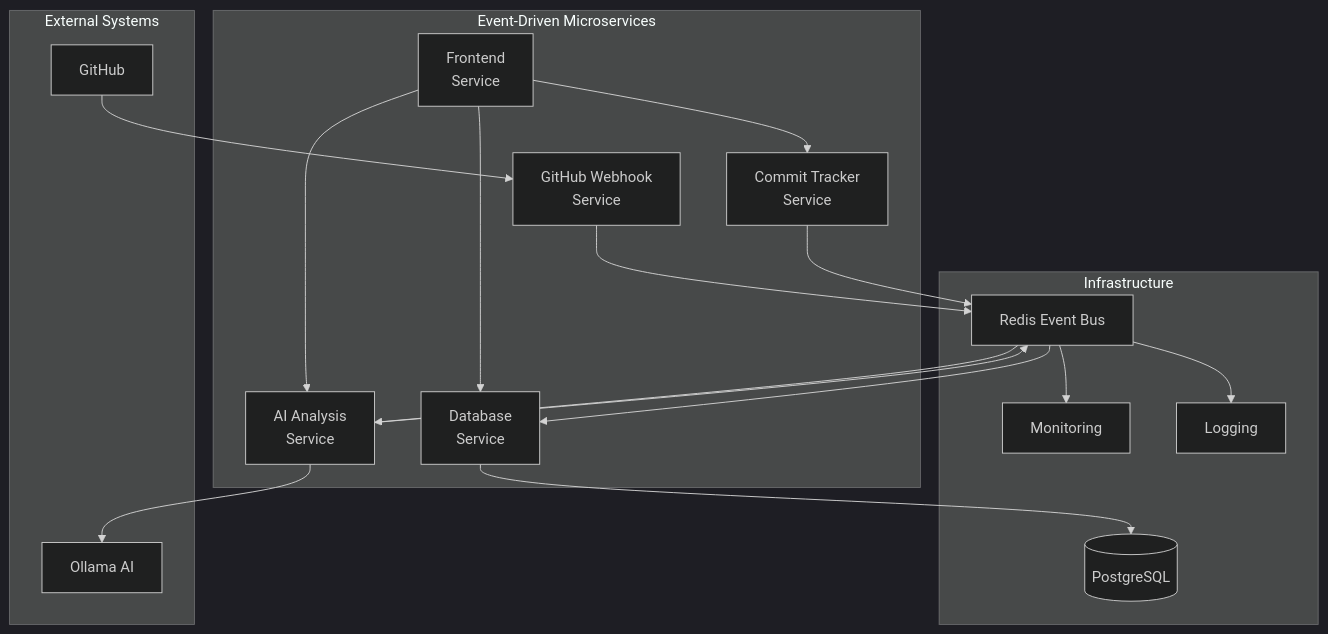
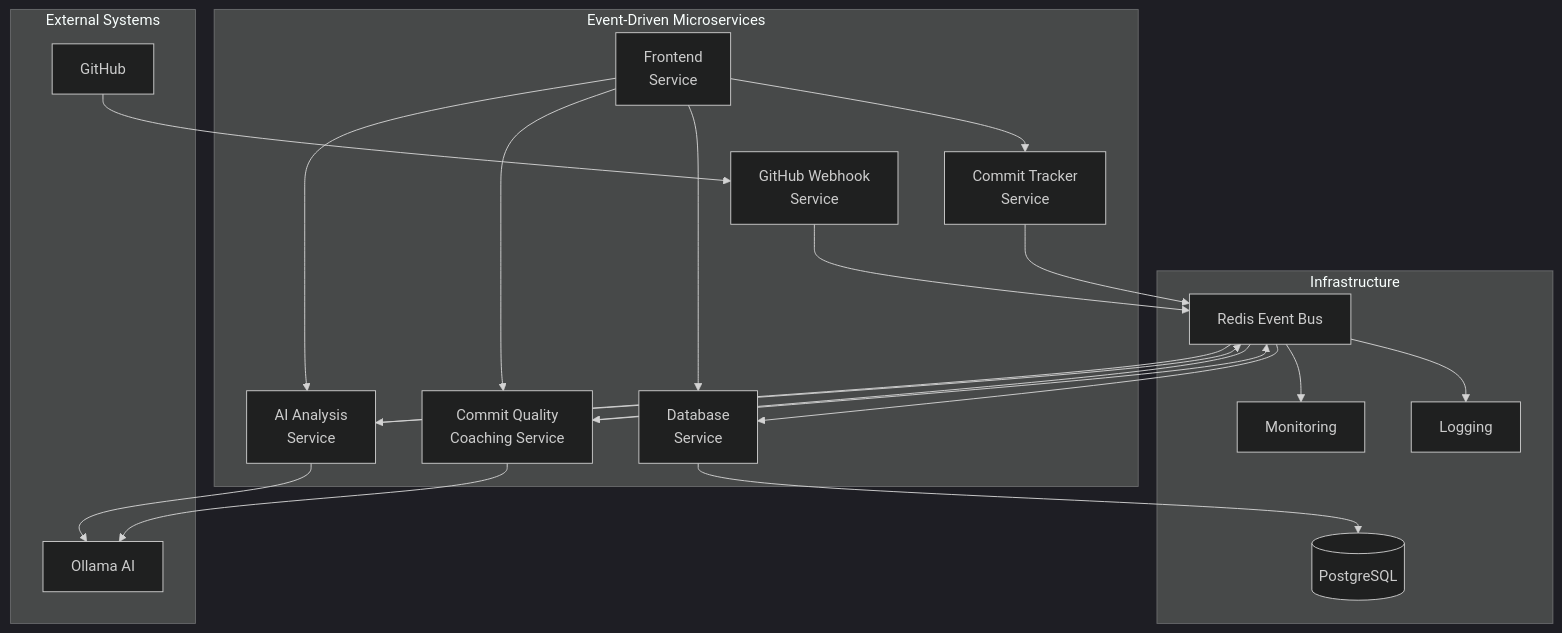
Before and after one commit to mdasif08/Craftnudge_Testing: the diagram in README.md, drawn with Mermaid (dark theme). The commit also changed other lines of this file and 3 other files, not shown here.

````diff
--- a/README.md
+++ b/README.md
@@ -12,37 +12,42 @@
 ```mermaid
 graph TB
     subgraph "External Systems"
         GH[GitHub] 
         OLL[Ollama AI]
     end
     
     subgraph "Event-Driven Microservices"
         CT[Commit Tracker<br/>Service]
         AI[AI Analysis<br/>Service]
+        CQC[Commit Quality<br/>Coaching Service]
         DB[Database<br/>Service]
         FE[Frontend<br/>Service]
         GW[GitHub Webhook<br/>Service]
     end
     
     subgraph "Infrastructure"
         RB[Redis Event Bus]
         PG[(PostgreSQL)]
         MON[Monitoring]
         LOG[Logging]
     end
     
     GH --> GW
     GW --> RB
     CT --> RB
     RB --> AI
+    RB --> CQC
     RB --> DB
     AI --> OLL
     AI --> RB
+    CQC --> OLL
+    CQC --> RB
     DB --> PG
     FE --> CT
     FE --> DB
     FE --> AI
+    FE --> CQC
     
     RB --> MON
     RB --> LOG
 ```
````
